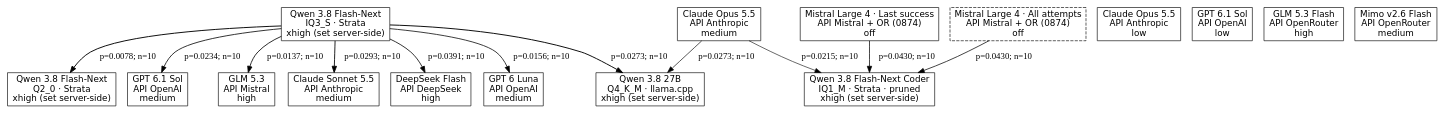
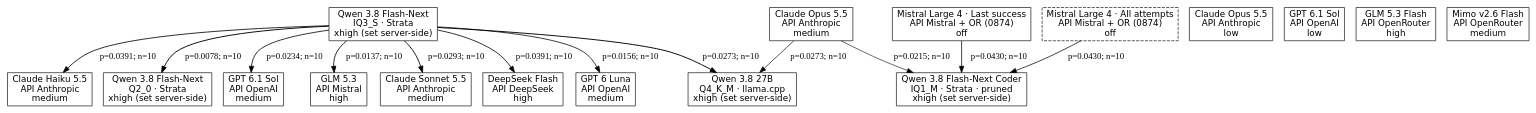
Before and after one commit to MinhHaDuong/ImperialDragonHarness: the diagram in docs/tournament-graphs-en/quality.dot, drawn with Graphviz. The commit also changed 32 other files, not shown here.

```diff
--- a/docs/tournament-graphs-en/quality.dot
+++ b/docs/tournament-graphs-en/quality.dot
@@ -1,31 +1,33 @@
 digraph G {
 rankdir=TB;
 node [shape=box, fontname="DejaVu Sans"];
 a [label="Qwen 3.8 27B\nQ4_K_M · llama.cpp\nxhigh (set server-side)"];
 b [label="Qwen 3.8 Flash-Next Coder\nIQ1_M · Strata · pruned\nxhigh (set server-side)"];
 b2 [label="Qwen 3.8 Flash-Next\nIQ3_S · Strata\nxhigh (set server-side)"];
 b3 [label="Qwen 3.8 Flash-Next\nQ2_0 · Strata\nxhigh (set server-side)"];
 d [label="Claude Opus 5.5\nAPI Anthropic\nmedium"];
 d2 [label="Claude Opus 5.5\nAPI Anthropic\nlow"];
 e2 [label="GPT 6.1 Sol\nAPI OpenAI\nlow"];
 e3 [label="GPT 6.1 Sol\nAPI OpenAI\nmedium"];
 f [label="GLM 5.3\nAPI Mistral\nhigh"];
 g [label="Claude Sonnet 5.5\nAPI Anthropic\nmedium"];
 i [label="DeepSeek Flash\nAPI DeepSeek\nhigh"];
 j [label="GLM 5.3 Flash\nAPI OpenRouter\nhigh"];
 k [label="Mimo v2.6 Flash\nAPI OpenRouter\nmedium"];
 l [label="GPT 6 Luna\nAPI OpenAI\nmedium"];
 mi [label="Mistral Large 4 · Last success\nAPI Mistral + OR (0874)\noff"];
 mr [label="Mistral Large 4 · All attempts\nAPI Mistral + OR (0874)\noff", style="dashed"];
+n [label="Claude Haiku 5.5\nAPI Anthropic\nmedium"];
 b2 -> a [label="p=0.0273; n=10", penwidth=1.500];
-b2 -> b3 [label="p=0.0078; n=10", penwidth=1.486];
-b2 -> e3 [label="p=0.0234; n=10", penwidth=1.267];
-b2 -> f [label="p=0.0137; n=10", penwidth=1.315];
-b2 -> g [label="p=0.0293; n=10", penwidth=1.372];
-b2 -> i [label="p=0.0391; n=10", penwidth=1.258];
-b2 -> l [label="p=0.0156; n=10", penwidth=1.210];
-d -> a [label="p=0.0273; n=10", penwidth=1.039];
-d -> b [label="p=0.0215; n=10", penwidth=0.944];
-mi -> b [label="p=0.0430; n=10", penwidth=1.172];
-mr -> b [label="p=0.0430; n=10", penwidth=1.172];
+b2 -> b3 [label="p=0.0078; n=10", penwidth=1.487];
+b2 -> e3 [label="p=0.0234; n=10", penwidth=1.268];
+b2 -> f [label="p=0.0137; n=10", penwidth=1.316];
+b2 -> g [label="p=0.0293; n=10", penwidth=1.373];
+b2 -> i [label="p=0.0391; n=10", penwidth=1.259];
+b2 -> l [label="p=0.0156; n=10", penwidth=1.211];
+b2 -> n [label="p=0.0391; n=10", penwidth=1.306];
+d -> a [label="p=0.0273; n=10", penwidth=1.040];
+d -> b [label="p=0.0215; n=10", penwidth=0.945];
+mi -> b [label="p=0.0430; n=10", penwidth=1.173];
+mr -> b [label="p=0.0430; n=10", penwidth=1.173];
 }
```
